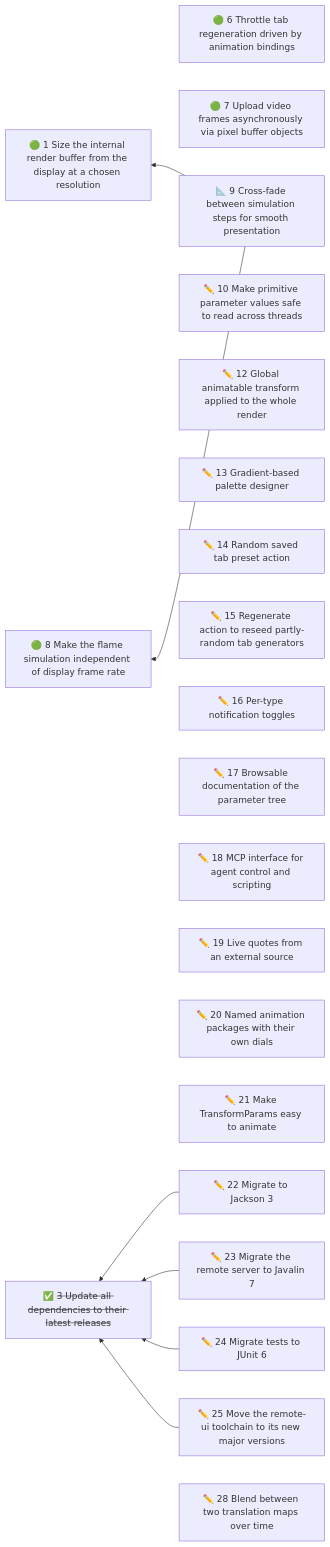
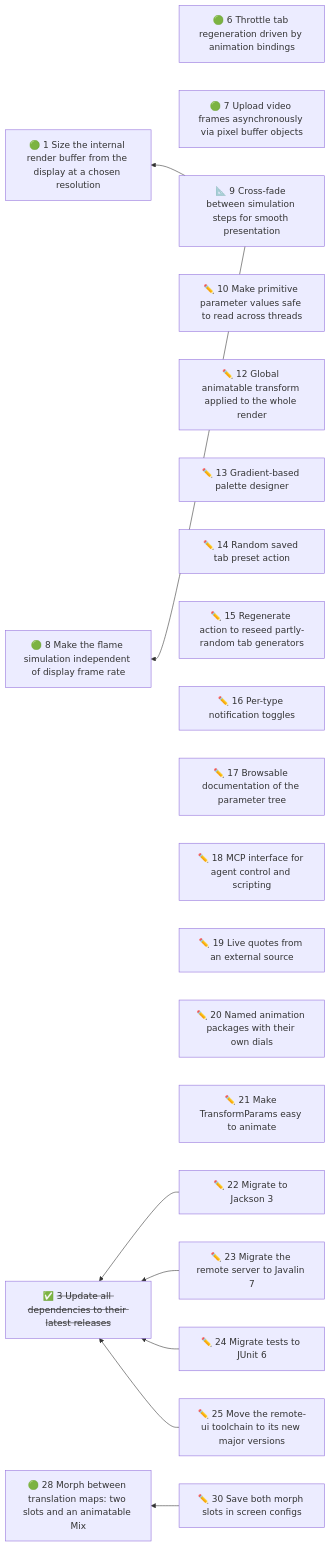
The diagram in docs/initiatives/README.md (duckAsteroid/cthugha-reborn), drawn with Mermaid before and after one commit. The commit also changed other lines of this file and 3 other files, not shown here.

First line of the commit message:
docs(initiatives): design ct#28 morph with two slots and Mix; supersede ct#29; add ct#30

````diff
--- a/docs/initiatives/README.md
+++ b/docs/initiatives/README.md
@@ -54,53 +55,56 @@
 ```mermaid
 flowchart RL
   n1["🟢 1 Size the internal render buffer from the display at a chosen resolution"]
   n6["🟢 6 Throttle tab regeneration driven by animation bindings"]
   n7["🟢 7 Upload video frames asynchronously via pixel buffer objects"]
   n8["🟢 8 Make the flame simulation independent of display frame rate"]
   n9["📐 9 Cross-fade between simulation steps for smooth presentation"]
   n10["✏️ 10 Make primitive parameter values safe to read across threads"]
   n12["✏️ 12 Global animatable transform applied to the whole render"]
   n13["✏️ 13 Gradient-based palette designer"]
   n14["✏️ 14 Random saved tab preset action"]
   n15["✏️ 15 Regenerate action to reseed partly-random tab generators"]
   n16["✏️ 16 Per-type notification toggles"]
   n17["✏️ 17 Browsable documentation of the parameter tree"]
   n18["✏️ 18 MCP interface for agent control and scripting"]
   n19["✏️ 19 Live quotes from an external source"]
   n20["✏️ 20 Named animation packages with their own dials"]
   n21["✏️ 21 Make TransformParams easy to animate"]
   n22["✏️ 22 Migrate to Jackson 3"]
   n23["✏️ 23 Migrate the remote server to Javalin 7"]
   n24["✏️ 24 Migrate tests to JUnit 6"]
   n25["✏️ 25 Move the remote-ui toolchain to its new major versions"]
-  n28["✏️ 28 Blend between two translation maps over time"]
+  n28["🟢 28 Morph between translation maps: two slots and an animatable Mix"]
+  n30["✏️ 30 Save both morph slots in screen configs"]
   n3["✅ <s>3 Update all dependencies to their latest releases</s>"]
   n9 --> n1
   n9 --> n8
   n22 --> n3
   n23 --> n3
   n24 --> n3
   n25 --> n3
+  n30 --> n28
   click n1 href "01-cap-the-internal-render-resolution-at-high-window-sizes.md"
   click n6 href "06-throttle-tab-regeneration-driven-by-animation-bindings.md"
   click n7 href "07-upload-video-frames-asynchronously-via-pixel-buffer-objects.md"
   click n8 href "08-make-the-flame-simulation-independent-of-display-frame-rate.md"
   click n9 href "09-decouple-simulation-from-display-with-interpolated-presentat.md"
   click n10 href "10-make-primitive-parameter-values-safe-to-read-across-threads.md"
   click n12 href "12-global-animatable-transform-applied-to-the-whole-render.md"
   click n13 href "13-gradient-based-palette-designer.md"
   click n14 href "14-random-saved-tab-preset-action.md"
   click n15 href "15-regenerate-action-to-reseed-partly-random-tab-generators.md"
   click n16 href "16-per-type-notification-toggles.md"
   click n17 href "17-browsable-documentation-of-the-parameter-tree.md"
   click n18 href "18-mcp-interface-for-agent-control-and-scripting.md"
   click n19 href "19-live-quotes-from-an-external-source.md"
   click n20 href "20-named-animation-packages-with-their-own-dials.md"
   click n21 href "21-make-transformparams-easy-to-animate.md"
   click n22 href "22-migrate-to-jackson-3.md"
   click n23 href "23-migrate-the-remote-server-to-javalin-7.md"
   click n24 href "24-migrate-tests-to-junit-6.md"
   click n25 href "25-move-the-remote-ui-toolchain-to-its-new-major-versions.md"
   click n28 href "28-blend-between-two-translation-maps-over-time.md"
+  click n30 href "30-save-both-morph-slots-in-screen-configs.md"
   click n3 href "03-update-all-dependencies-to-their-latest-releases.md"
 ```
````
